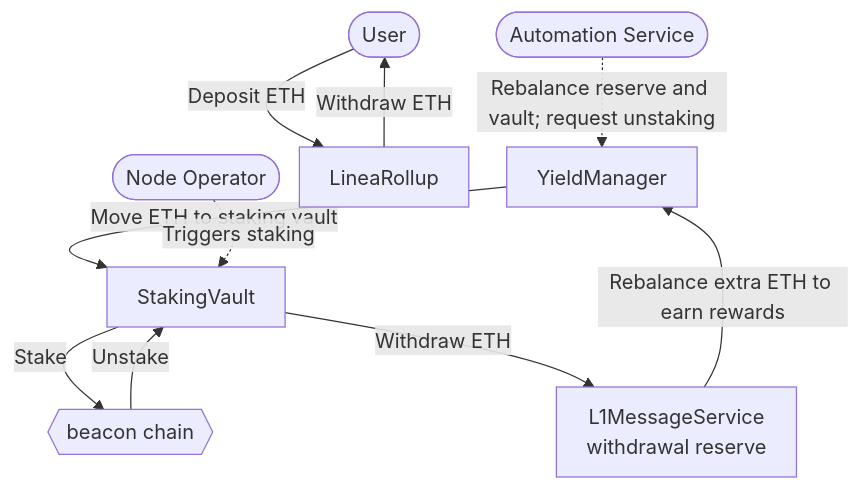
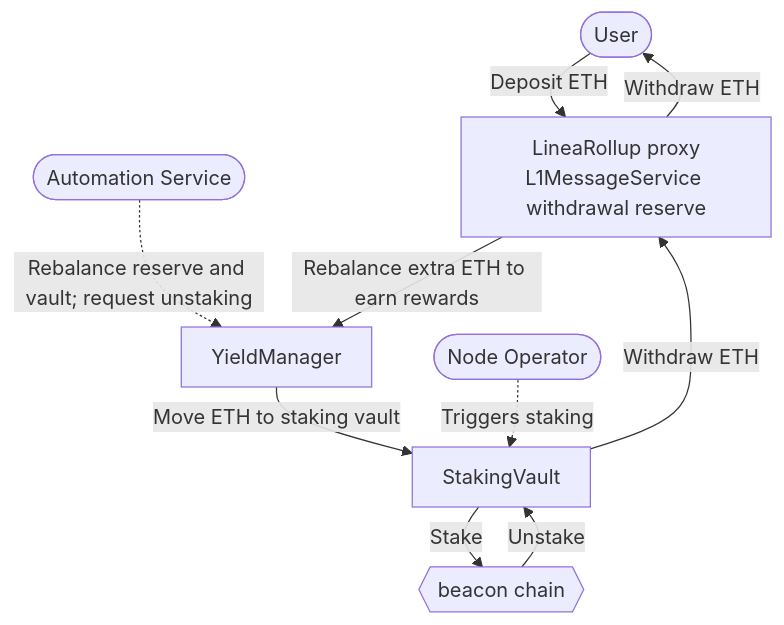
One commit to Consensys/doc.linea changed the first of 8 diagrams in docs/network/overview/yield-boost/architecture.mdx. Above: the diagram before and after it, drawn with Mermaid.

````diff
--- a/docs/network/overview/yield-boost/architecture.mdx
+++ b/docs/network/overview/yield-boost/architecture.mdx
@@ -68,33 +68,32 @@
 ```mermaid
 %%{init: {
   "themeVariables": {
     "fontFamily": "AtypText, sans-serif"
   },
   "flowchart": {
     "useMaxWidth": true,
     "nodeSpacing": 16,
     "rankSpacing": 24,
     "padding": 12,
     "wrappingWidth": 200
   }
 }}%%
 flowchart TD
     User([User])
     Auto([Automation Service])
     NO([Node Operator])
-    BR[LineaRollup]
-    L1[L1MessageService\nwithdrawal reserve]
+    LR[LineaRollup proxy\nL1MessageService withdrawal reserve]
     YM[YieldManager]
     SV[StakingVault]
     BC{{beacon chain}}
 
-    User -->|Deposit ETH| BR
-    BR -->|Withdraw ETH| User
+    User -->|Deposit ETH| LR
+    LR -->|Withdraw ETH| User
     Auto -.->|Rebalance reserve and vault; request unstaking| YM
-    L1 -->|Rebalance extra ETH to earn rewards| YM
+    LR -->|Rebalance extra ETH to earn rewards| YM
     YM -->|Move ETH to staking vault| SV
     NO -.->|Triggers staking| SV
     SV -->|Stake| BC
     BC -->|Unstake| SV
-    SV -->|Withdraw ETH| L1
+    SV -->|Withdraw ETH| LR
 ```
````
